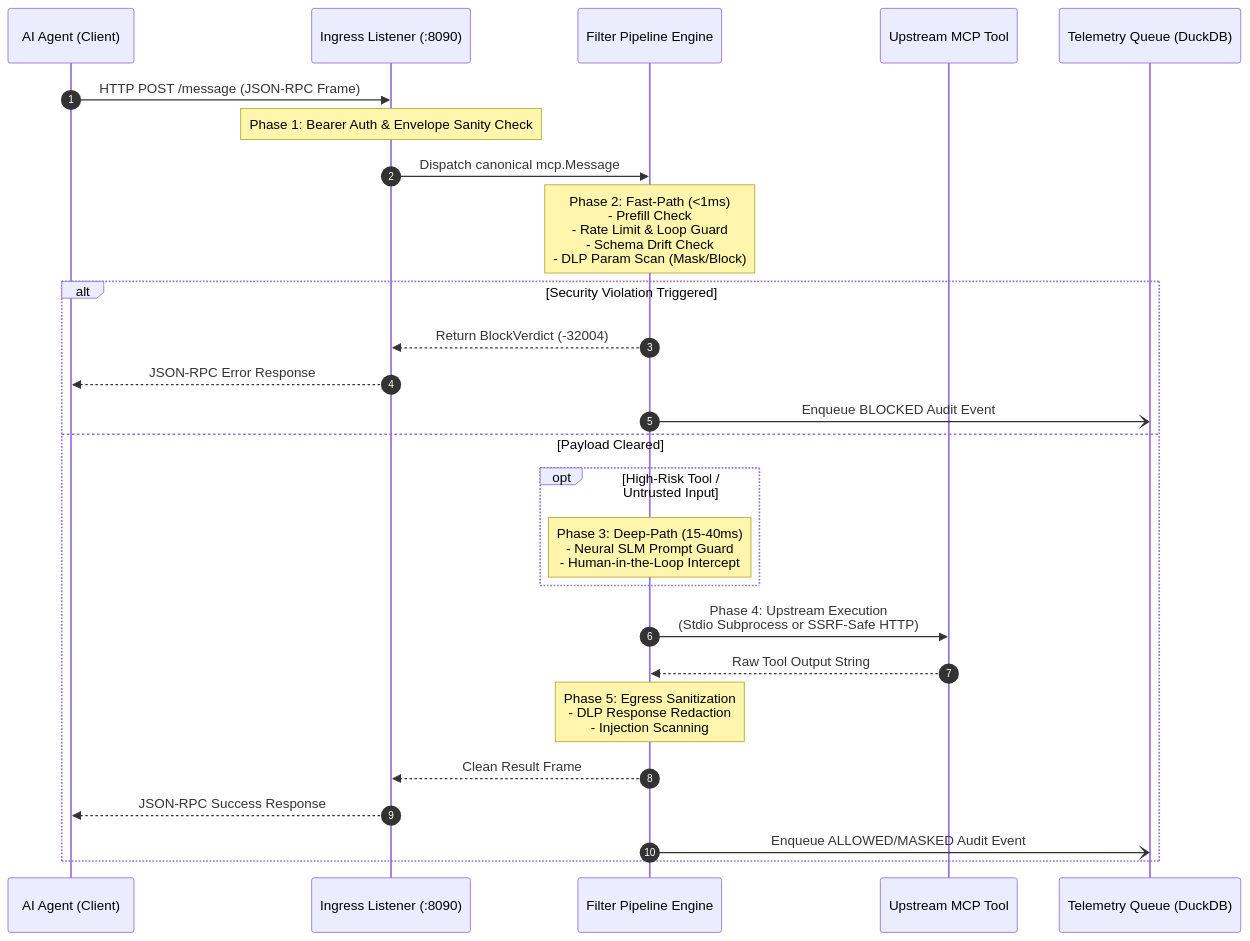
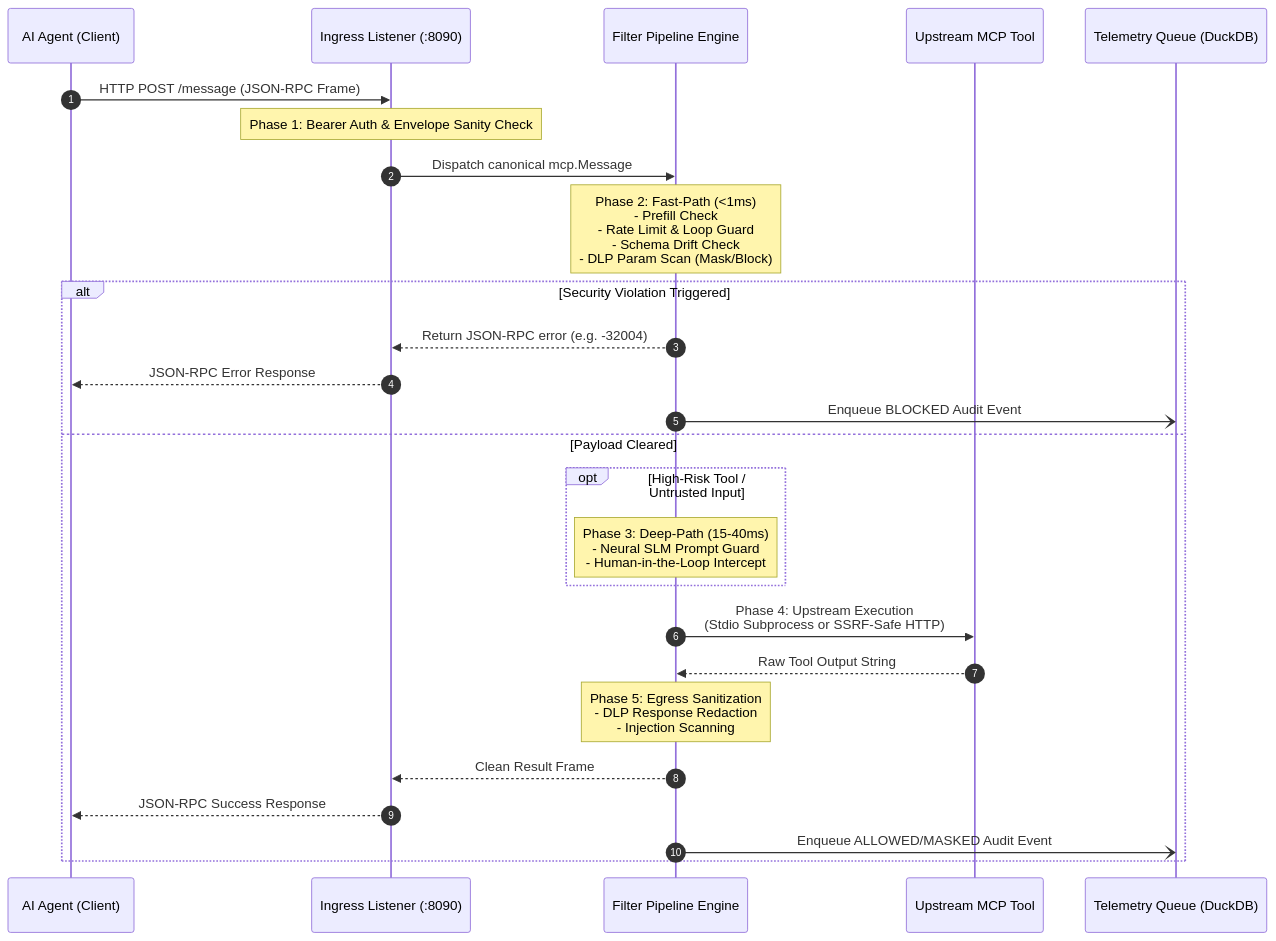
Before and after one commit to FaradAiLab/FaradAiWire: the diagram in docs/02-architecture/request-lifecycle.md, drawn with Mermaid. The commit also changed other lines of this file and 18 other files, not shown here.

````diff
--- a/docs/02-architecture/request-lifecycle.md
+++ b/docs/02-architecture/request-lifecycle.md
@@ -10,34 +10,34 @@
 ```mermaid
 sequenceDiagram
     autonumber
     participant Agent as AI Agent (Client)
     participant Ingress as Ingress Listener (:8090)
     participant Pipeline as Filter Pipeline Engine
     participant Target as Upstream MCP Tool
     participant Telemetry as Telemetry Queue (DuckDB)
 
     Agent->>Ingress: HTTP POST /message (JSON-RPC Frame)
     Note over Ingress: Phase 1: Bearer Auth & Envelope Sanity Check
     
     Ingress->>Pipeline: Dispatch canonical mcp.Message
     Note over Pipeline: Phase 2: Fast-Path (<1ms)<br/>- Prefill Check<br/>- Rate Limit & Loop Guard<br/>- Schema Drift Check<br/>- DLP Param Scan (Mask/Block)
 
     alt Security Violation Triggered
-        Pipeline-->>Ingress: Return BlockVerdict (-32004)
+        Pipeline-->>Ingress: Return JSON-RPC error (e.g. -32004)
         Ingress-->>Agent: JSON-RPC Error Response
         Pipeline-)Telemetry: Enqueue BLOCKED Audit Event
     else Payload Cleared
         opt High-Risk Tool / Untrusted Input
             Note over Pipeline: Phase 3: Deep-Path (15-40ms)<br/>- Neural SLM Prompt Guard<br/>- Human-in-the-Loop Intercept
         end
 
         Pipeline->>Target: Phase 4: Upstream Execution<br/>(Stdio Subprocess or SSRF-Safe HTTP)
         Target-->>Pipeline: Raw Tool Output String
         
         Note over Pipeline: Phase 5: Egress Sanitization<br/>- DLP Response Redaction<br/>- Injection Scanning
         
         Pipeline-->>Ingress: Clean Result Frame
         Ingress-->>Agent: JSON-RPC Success Response
         Pipeline-)Telemetry: Enqueue ALLOWED/MASKED Audit Event
     end
 ```
````
